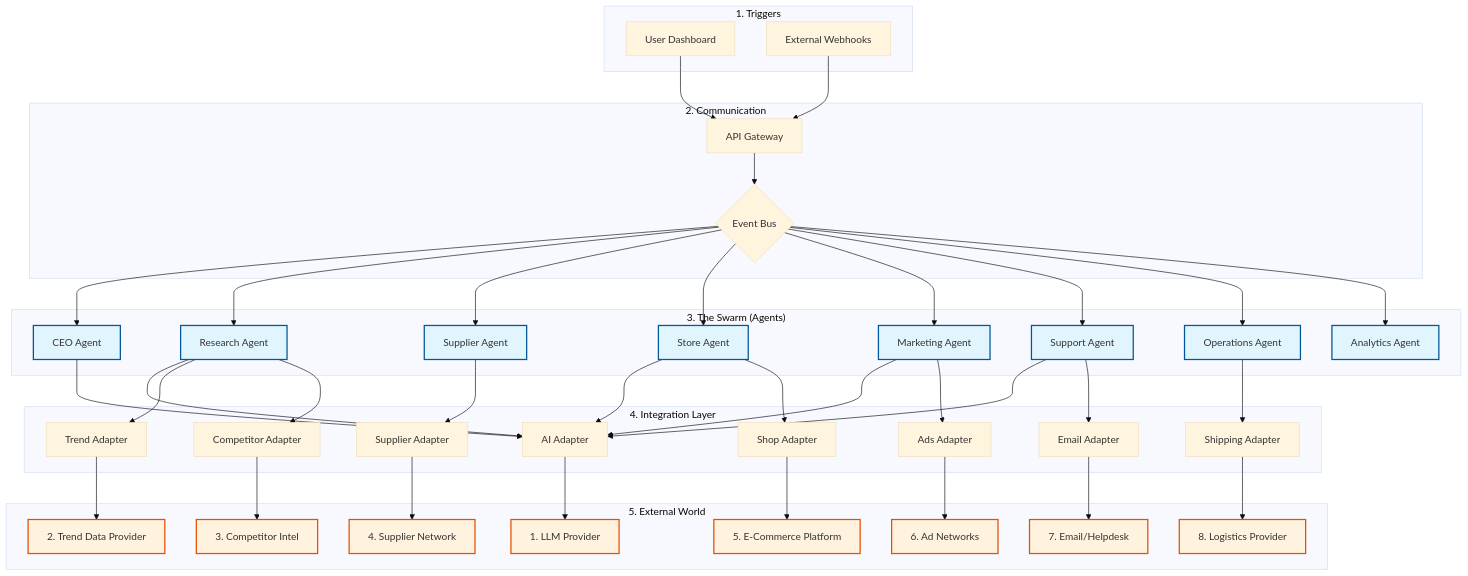
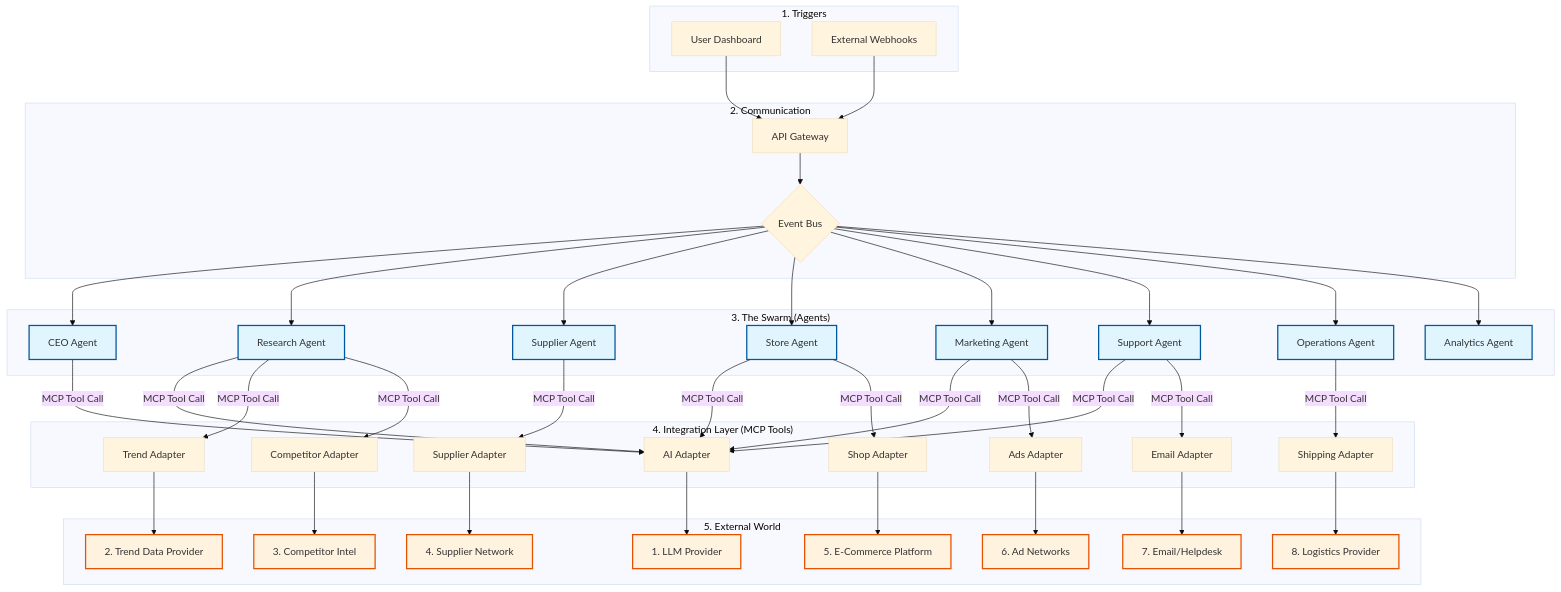
One commit to andylelli/ds1 changed the third of 3 diagrams in Documentation/Reference/ENVIRONMENT_SIMULATION_V_LIVE.md. Above: the diagram before and after it, drawn with Mermaid (base theme). The commit also changed 1 other file, not shown here.

````diff
--- a/Documentation/Reference/ENVIRONMENT_SIMULATION_V_LIVE.md
+++ b/Documentation/Reference/ENVIRONMENT_SIMULATION_V_LIVE.md
@@ -92,74 +92,74 @@
 ```mermaid
 flowchart TD
   %% Styles
   classDef agent fill:#e1f5fe,stroke:#01579b,stroke-width:2px;
   classDef external fill:#fff3e0,stroke:#e65100,stroke-width:2px;
 
   subgraph "1. Triggers"
     User["User Dashboard"]
     Webhooks["External Webhooks"]
   end
 
   subgraph "2. Communication"
     API[API Gateway]
     Bus{Event Bus}
   end
 
   subgraph "3. The Swarm (Agents)"
     CEO[CEO Agent]:::agent
     Research[Research Agent]:::agent
     Supplier[Supplier Agent]:::agent
     Store[Store Agent]:::agent
     Marketing[Marketing Agent]:::agent
     Support[Support Agent]:::agent
     Ops[Operations Agent]:::agent
     Analytics[Analytics Agent]:::agent
   end
 
-  subgraph "4. Integration Layer"
+  subgraph "4. Integration Layer (MCP Tools)"
     AI_Adapter[AI Adapter]
     TrendAdapter[Trend Adapter]
     CompAdapter[Competitor Adapter]
     SupplyAdapter[Supplier Adapter]
     ShopAdapter[Shop Adapter]
     AdsAdapter[Ads Adapter]
     EmailAdapter[Email Adapter]
     ShipAdapter[Shipping Adapter]
   end
 
   subgraph "5. External World"
     LLM[1. LLM Provider]:::external
     TrendData[2. Trend Data Provider]:::external
     CompIntel[3. Competitor Intel]:::external
     Suppliers[4. Supplier Network]:::external
     ShopPlatform[5. E-Commerce Platform]:::external
     AdNetworks[6. Ad Networks]:::external
     Helpdesk[7. Email/Helpdesk]:::external
     Logistics[8. Logistics Provider]:::external
   end
 
   %% Connections
   User --> API
   Webhooks --> API
   API --> Bus
   Bus --> CEO & Research & Supplier & Store & Marketing & Support & Ops & Analytics
 
-  %% Agent to Adapter
-  CEO & Research & Store & Marketing & Support --> AI_Adapter
-  Research --> TrendAdapter & CompAdapter
-  Supplier --> SupplyAdapter
-  Store --> ShopAdapter
-  Marketing --> AdsAdapter
-  Support --> EmailAdapter
-  Ops --> ShipAdapter
+  %% Agent to Adapter (MCP Protocol)
+  CEO & Research & Store & Marketing & Support -->|MCP Tool Call| AI_Adapter
+  Research -->|MCP Tool Call| TrendAdapter & CompAdapter
+  Supplier -->|MCP Tool Call| SupplyAdapter
+  Store -->|MCP Tool Call| ShopAdapter
+  Marketing -->|MCP Tool Call| AdsAdapter
+  Support -->|MCP Tool Call| EmailAdapter
+  Ops -->|MCP Tool Call| ShipAdapter
 
   %% Adapter to External
   AI_Adapter --> LLM
   TrendAdapter --> TrendData
   CompAdapter --> CompIntel
   SupplyAdapter --> Suppliers
   ShopAdapter --> ShopPlatform
   AdsAdapter --> AdNetworks
   EmailAdapter --> Helpdesk
   ShipAdapter --> Logistics
 ```
````
